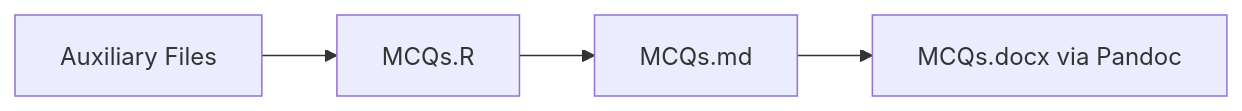
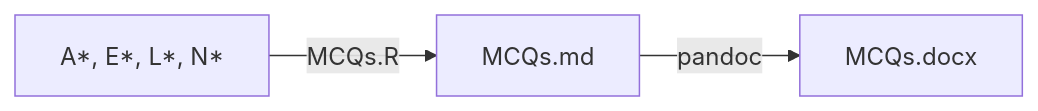
Before and after one commit to jinghuazhao/tests: the diagram in gaawr2/index.md, drawn with Mermaid. The commit also changed other lines of this file, not shown here.

```diff
--- a/gaawr2/index.md
+++ b/gaawr2/index.md
@@ -27,6 +27,9 @@
 <div class="mermaid">
-graph LR
-A[Auxiliary Files] --> B[MCQs.R]
-B --> C[MCQs.md]
-C --> D[MCQs.docx via Pandoc]
+flowchart LR
+    Q["A*, E*, L*, N*"]
+    M["MCQs.md"]
+    D["MCQs.docx"]
+
+    Q -- MCQs.R --> M
+    M -- pandoc --> D
 </div>
```
